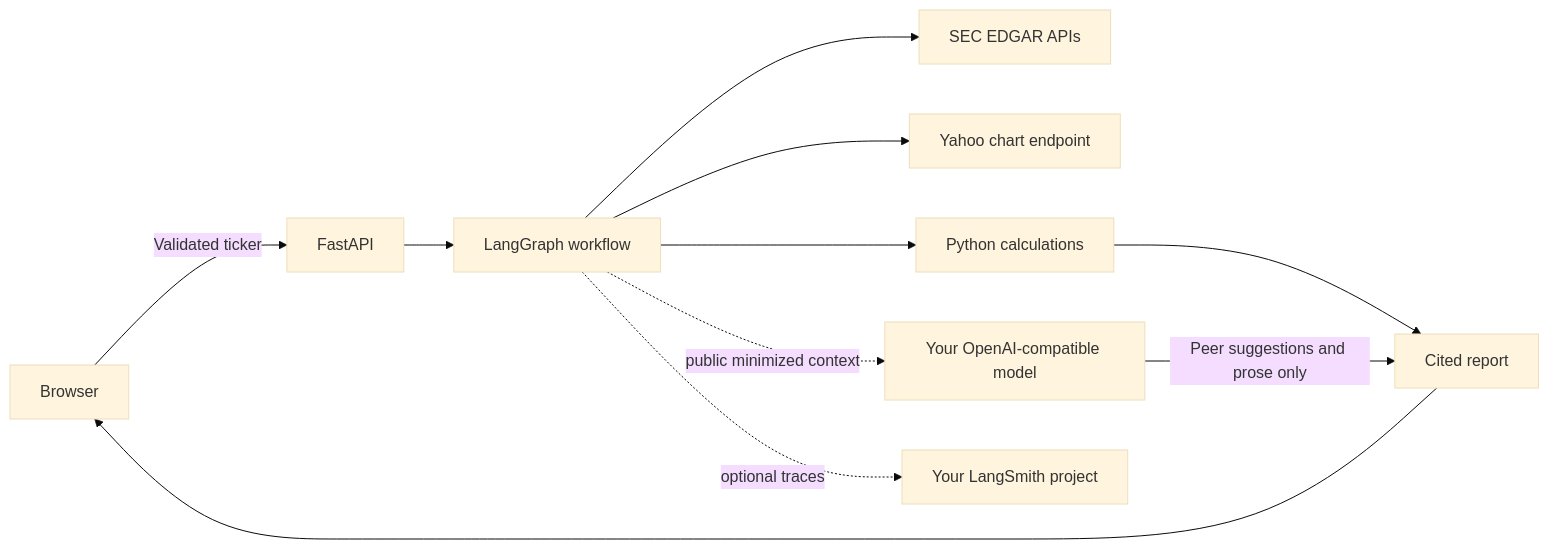
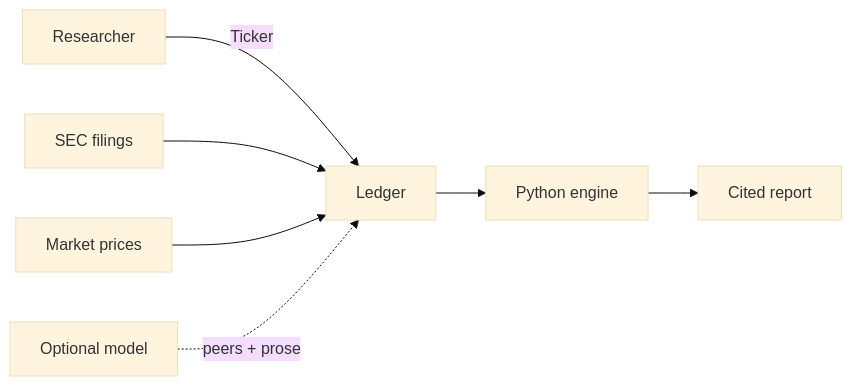
The first of 2 diagrams in README.md (prentopoulos/financial-research-agent), drawn with Mermaid (base theme) before and after one commit. The commit also changed other lines of this file and 2 other files, not shown here.

Commit message:
docs: simplify Ledger architecture

````diff
--- a/README.md
+++ b/README.md
@@ -80,13 +80,9 @@
 ```mermaid
 flowchart LR
-    U[Browser] -->|Validated ticker| API[FastAPI]
-    API --> G[LangGraph workflow]
-    G --> SEC[SEC EDGAR APIs]
-    G --> YF[Yahoo chart endpoint]
-    G --> PY[Python calculations]
-    G -. public minimized context .-> LLM[Your OpenAI-compatible model]
-    G -. optional traces .-> LS[Your LangSmith project]
-    PY --> R[Cited report]
-    LLM -->|Peer suggestions and prose only| R
-    R --> U
+    R[Researcher] -->|Ticker| L[Ledger]
+    SEC[SEC filings] --> L
+    MKT[Market prices] --> L
+    L --> PY[Python engine]
+    PY --> OUT[Cited report]
+    MODEL[Optional model] -. peers + prose .-> L
 ```
````
